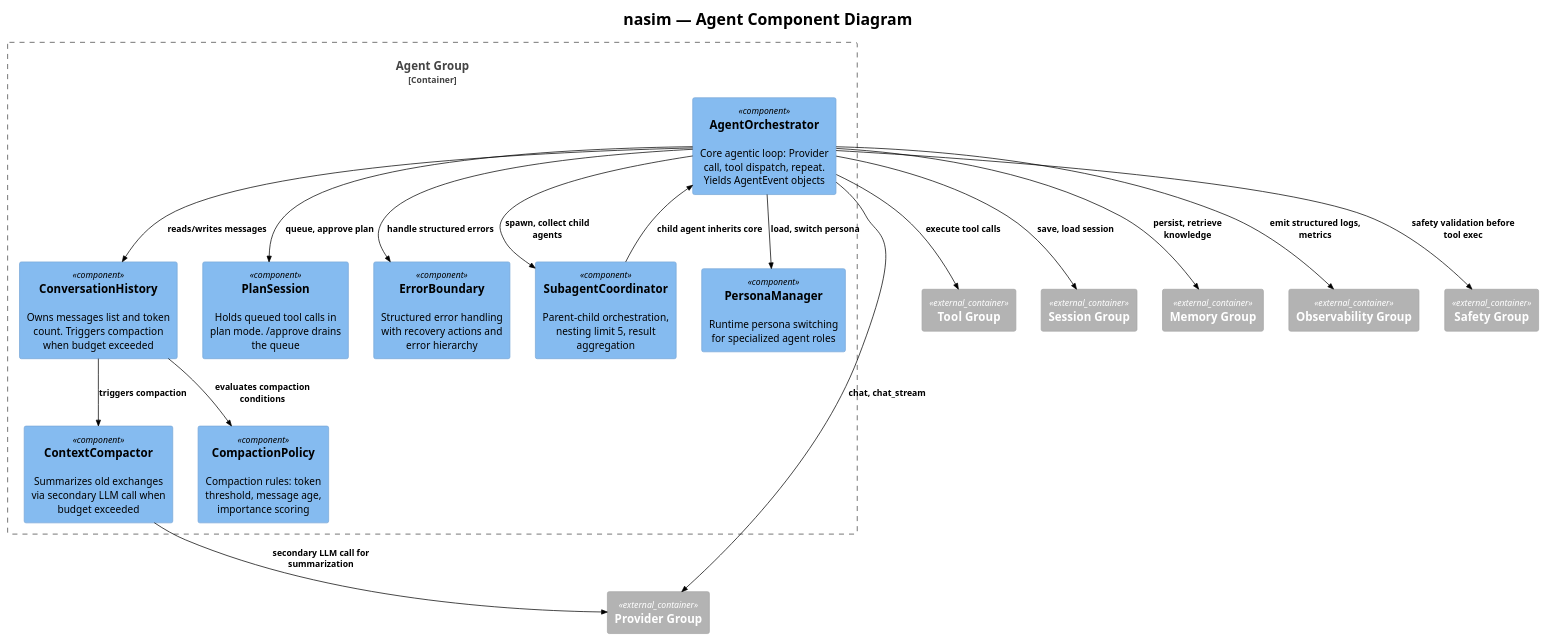
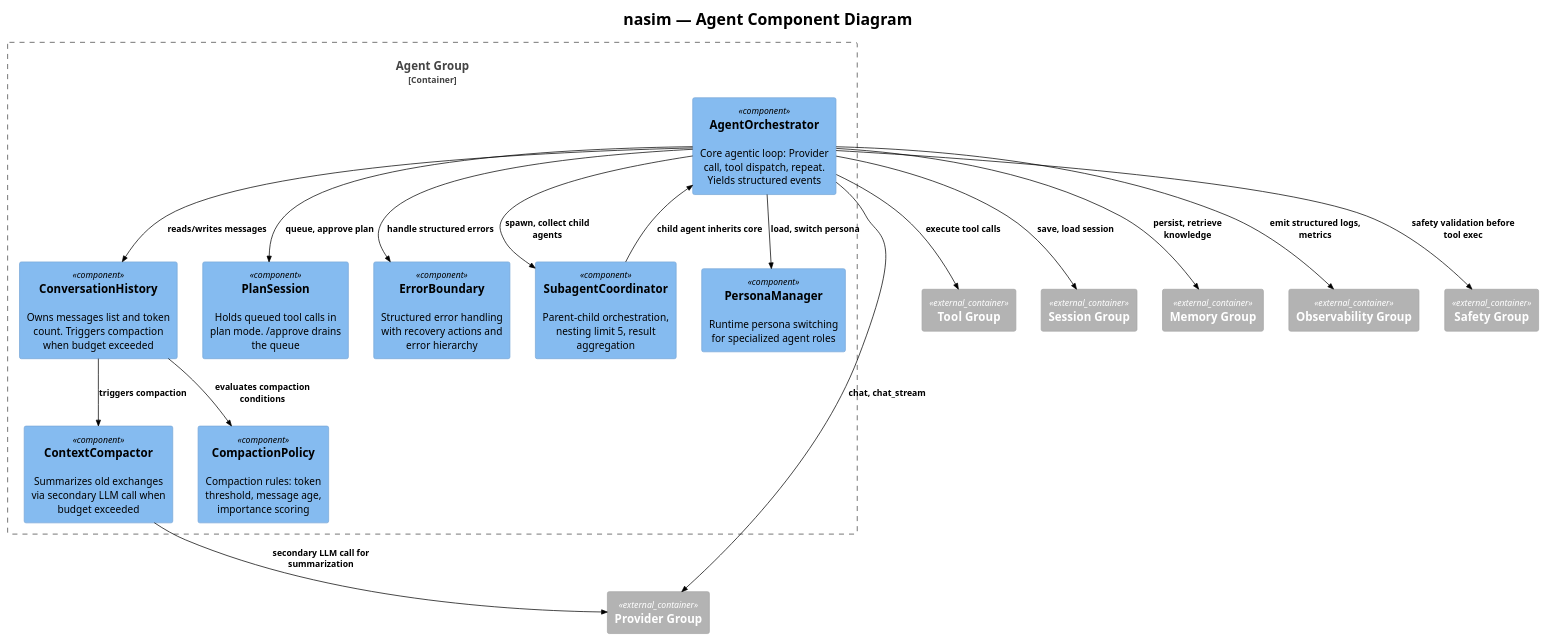
The diagram in docs/C4/c4_nasim_component_agent.puml (salimnamvar/nasim), drawn with PlantUML before and after one commit. The commit also changed 23 other files, not shown here.

```diff
--- a/docs/C4/c4_nasim_component_agent.puml
+++ b/docs/C4/c4_nasim_component_agent.puml
@@ -1,52 +1,52 @@
 @startuml c4_nasim_component_agent
 !include https://raw.githubusercontent.com/plantuml-stdlib/C4-PlantUML/v2.10.0/C4_Component.puml
 !theme plain
 
 
 ' ============================================================
 ' Title:     nasim — Agent Component Diagram
 ' Boundary:  nasim core library — Agent group
 ' Purpose:   Agent layer internal components
 ' Milestone: v1.0
 ' Version:   6.0.0
 ' Source:    docs/prompt/p1.md — corrective architecture review
 ' Review:    docs/audit/audit.2026.06.20.comprehensive.reference.audit.md
 ' ============================================================
 
 title nasim — Agent Component Diagram
 
 Container_Boundary(agent_boundary, "Agent Group") {
-    Component(agent_orch, "AgentOrchestrator", "", "Core agentic loop: Provider call, tool dispatch, repeat. Yields AgentEvent objects")
+    Component(agent_orch, "AgentOrchestrator", "", "Core agentic loop: Provider call, tool dispatch, repeat. Yields structured events")
     Component(conv_history, "ConversationHistory", "", "Owns messages list and token count. Triggers compaction when budget exceeded")
     Component(compactor, "ContextCompactor", "", "Summarizes old exchanges via secondary LLM call when budget exceeded")
     Component(plan_session, "PlanSession", "", "Holds queued tool calls in plan mode. /approve drains the queue")
     Component(subagent_coord, "SubagentCoordinator", "", "Parent-child orchestration, nesting limit 5, result aggregation")
     Component(error_boundary, "ErrorBoundary", "", "Structured error handling with recovery actions and error hierarchy")
     Component(persona_mgr, "PersonaManager", "", "Runtime persona switching for specialized agent roles")
     Component(compaction_policy, "CompactionPolicy", "", "Compaction rules: token threshold, message age, importance scoring")
 }
 
 Container_Ext(provider_boundary, "Provider Group")
 Container_Ext(tool_boundary, "Tool Group")
 Container_Ext(session_boundary, "Session Group")
 Container_Ext(memory_boundary, "Memory Group")
 Container_Ext(observability_group, "Observability Group")
 Container_Ext(safety_boundary, "Safety Group")
 
 Rel(agent_orch, provider_boundary, "chat, chat_stream")
 Rel(agent_orch, tool_boundary, "execute tool calls")
 Rel(agent_orch, conv_history, "reads/writes messages")
 Rel(agent_orch, safety_boundary, "safety validation before tool exec")
 Rel(agent_orch, subagent_coord, "spawn, collect child agents")
 Rel(agent_orch, error_boundary, "handle structured errors")
 Rel(agent_orch, persona_mgr, "load, switch persona")
 Rel(agent_orch, memory_boundary, "persist, retrieve knowledge")
 Rel(agent_orch, session_boundary, "save, load session")
 Rel(agent_orch, observability_group, "emit structured logs, metrics")
 Rel(agent_orch, plan_session, "queue, approve plan")
 Rel(conv_history, compactor, "triggers compaction")
 Rel(conv_history, compaction_policy, "evaluates compaction conditions")
 Rel(compactor, provider_boundary, "secondary LLM call for summarization")
 Rel(subagent_coord, agent_orch, "child agent inherits core")
 
 @enduml
```
